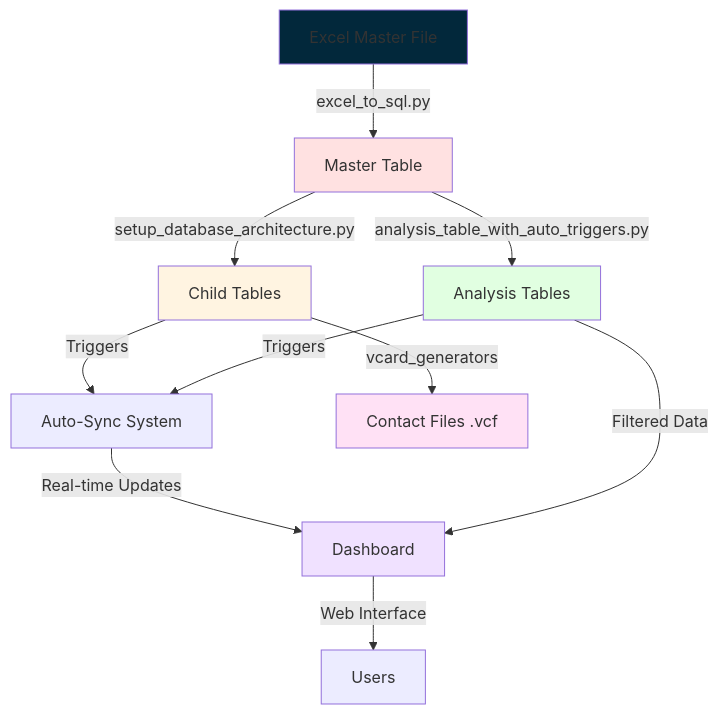
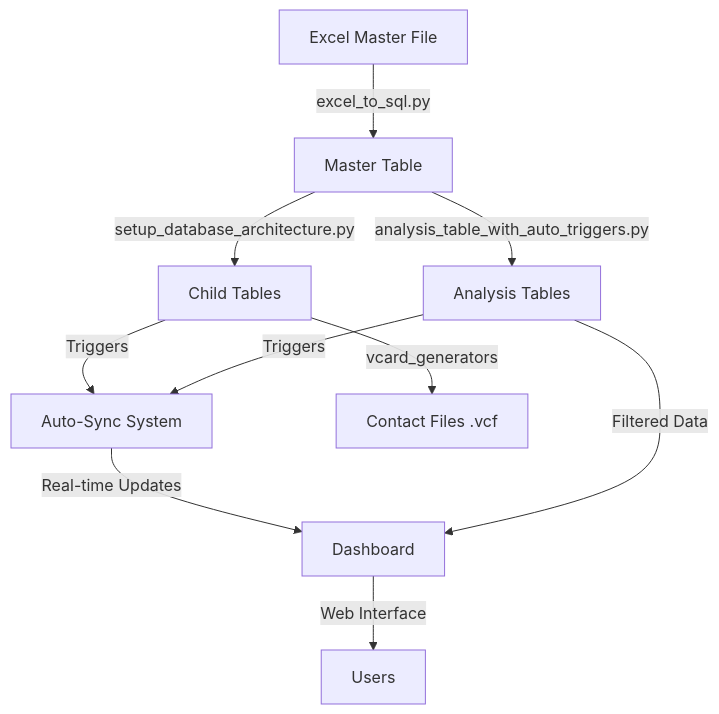
Before and after one commit to Acash-bits/tax_summit: the first of 10 diagrams in Readme.md, drawn with Mermaid. The commit also changed other lines of this file, not shown here.

````diff
--- a/Readme.md
+++ b/Readme.md
@@ -168,19 +168,12 @@
 ```mermaid
 graph TB
     A[Excel Master File] -->|excel_to_sql.py| B[Master Table]
     B -->|setup_database_architecture.py| C[Child Tables]
     B -->|analysis_table_with_auto_triggers.py| D[Analysis Tables]
     C -->|Triggers| E[Auto-Sync System]
     D -->|Triggers| E
     E -->|Real-time Updates| F[Dashboard]
     C -->|vcard_generators| G[Contact Files .vcf]
     D -->|Filtered Data| F
     F -->|Web Interface| H[Users]
-    
-    style A fill:#02283B
-    style B fill:#ffe1e1
-    style C fill:#fff4e1
-    style D fill:#e1ffe1
-    style F fill:#f0e1ff
-    style G fill:#ffe1f5
 ```
````
